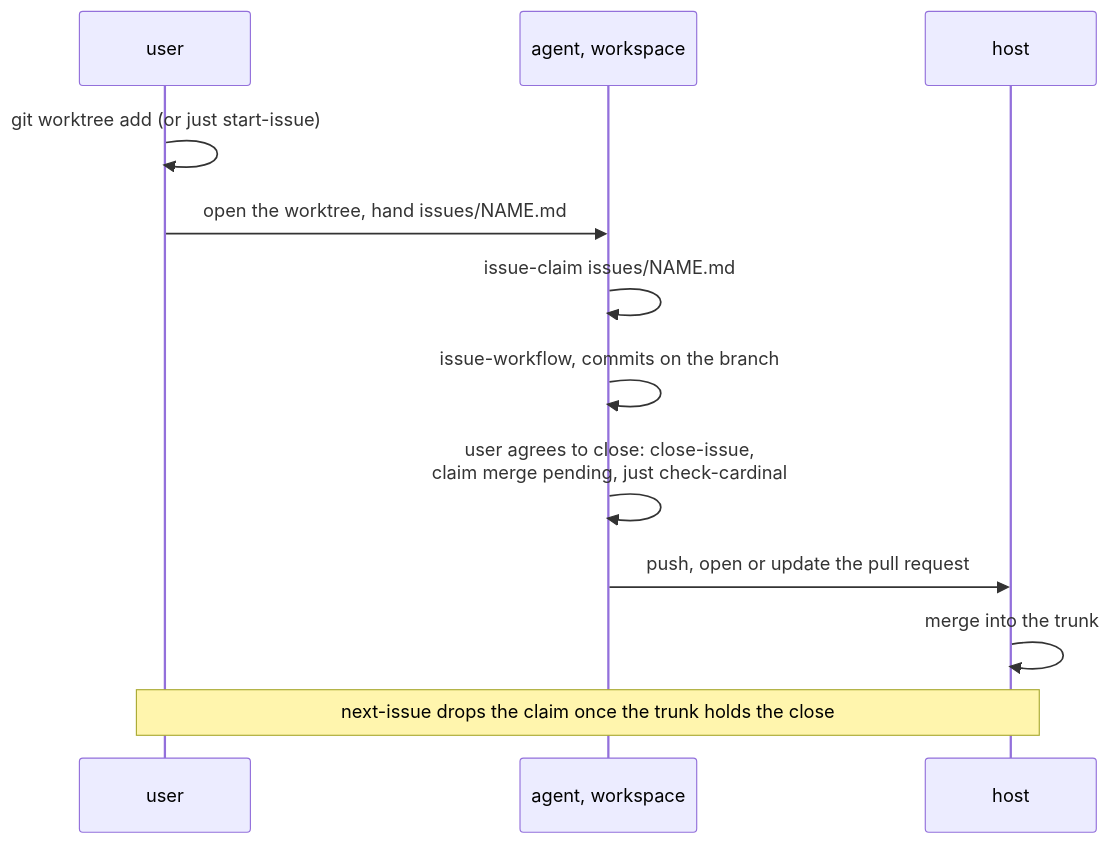
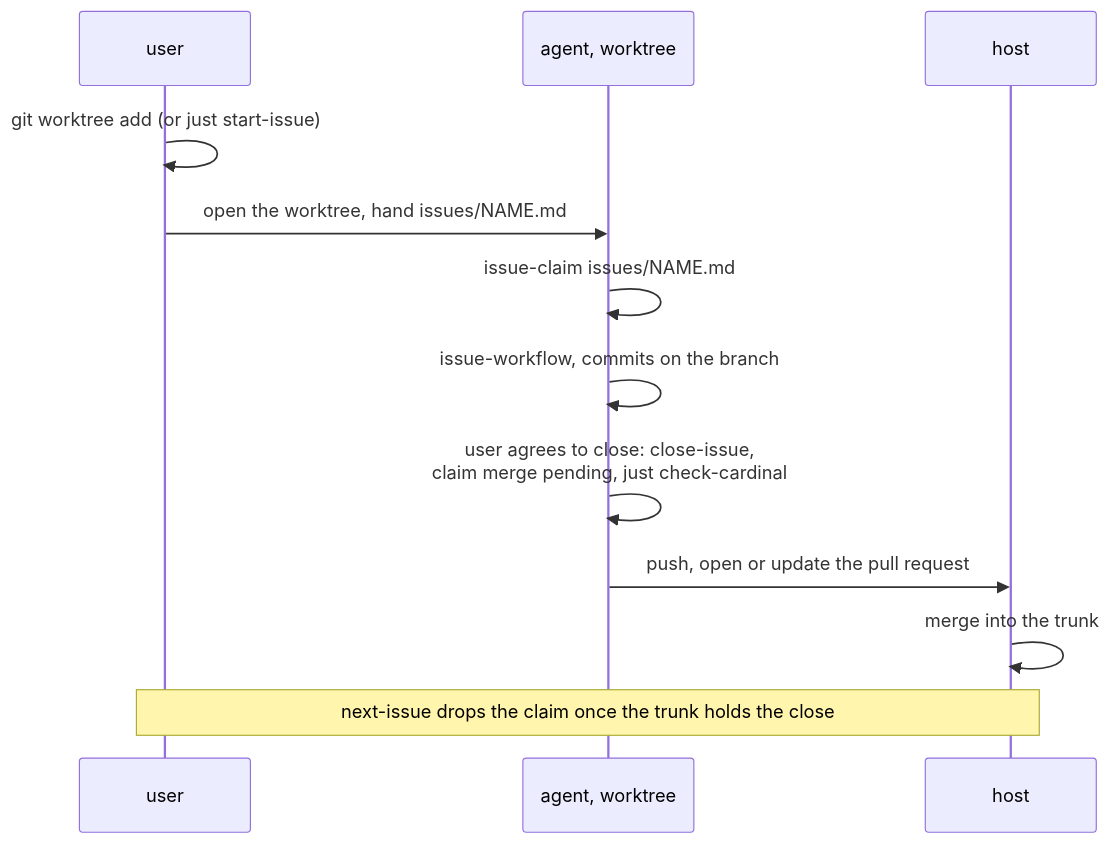
Before and after one commit to Electron-libre/cardinal: the third of 3 diagrams in docs/workflow.md, drawn with Mermaid. The commit also changed other lines of this file and 12 other files, not shown here.

Commit message:
docs: call the user's worktree a worktree, not a workspace

````diff
--- a/docs/workflow.md
+++ b/docs/workflow.md
@@ -85,14 +85,14 @@
 ```mermaid
 sequenceDiagram
   participant U as user
-  participant W as agent, workspace
+  participant W as agent, worktree
   participant H as host
   U->>U: git worktree add (or just start-issue)
   U->>W: open the worktree, hand issues/NAME.md
   W->>W: issue-claim issues/NAME.md
   W->>W: issue-workflow, commits on the branch
   W->>W: user agrees to close: close-issue,<br/>claim merge pending, just check-cardinal
   W->>H: push, open or update the pull request
   H->>H: merge into the trunk
   Note over U,H: next-issue drops the claim once the trunk holds the close
 ```
````
